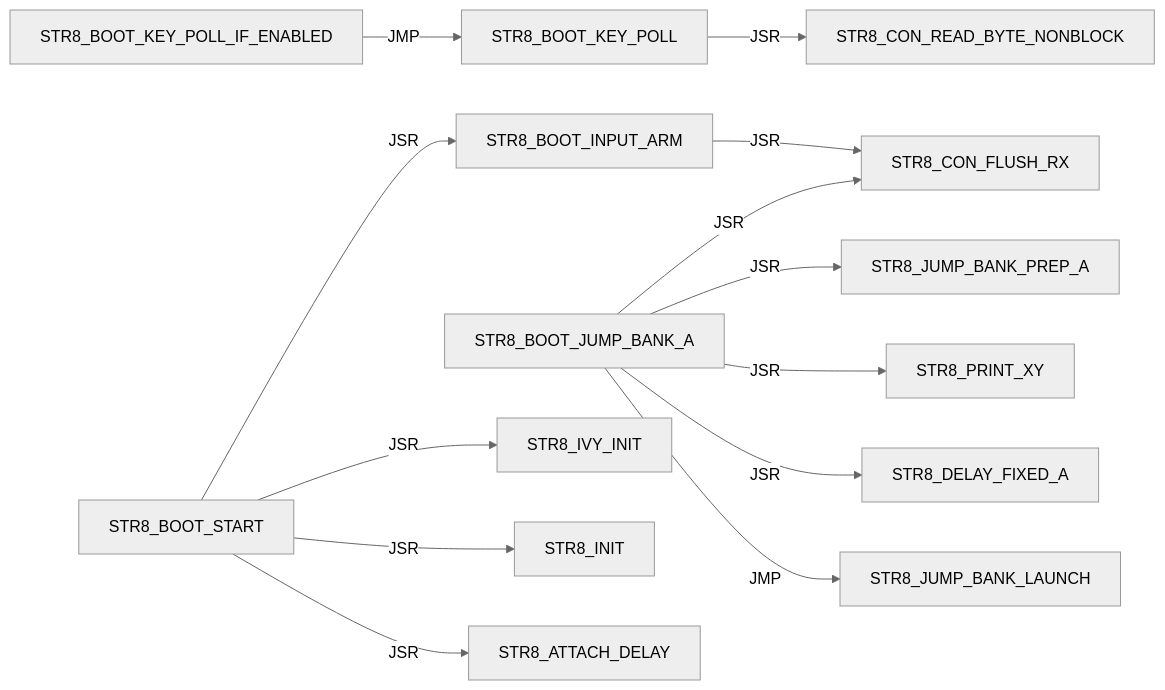
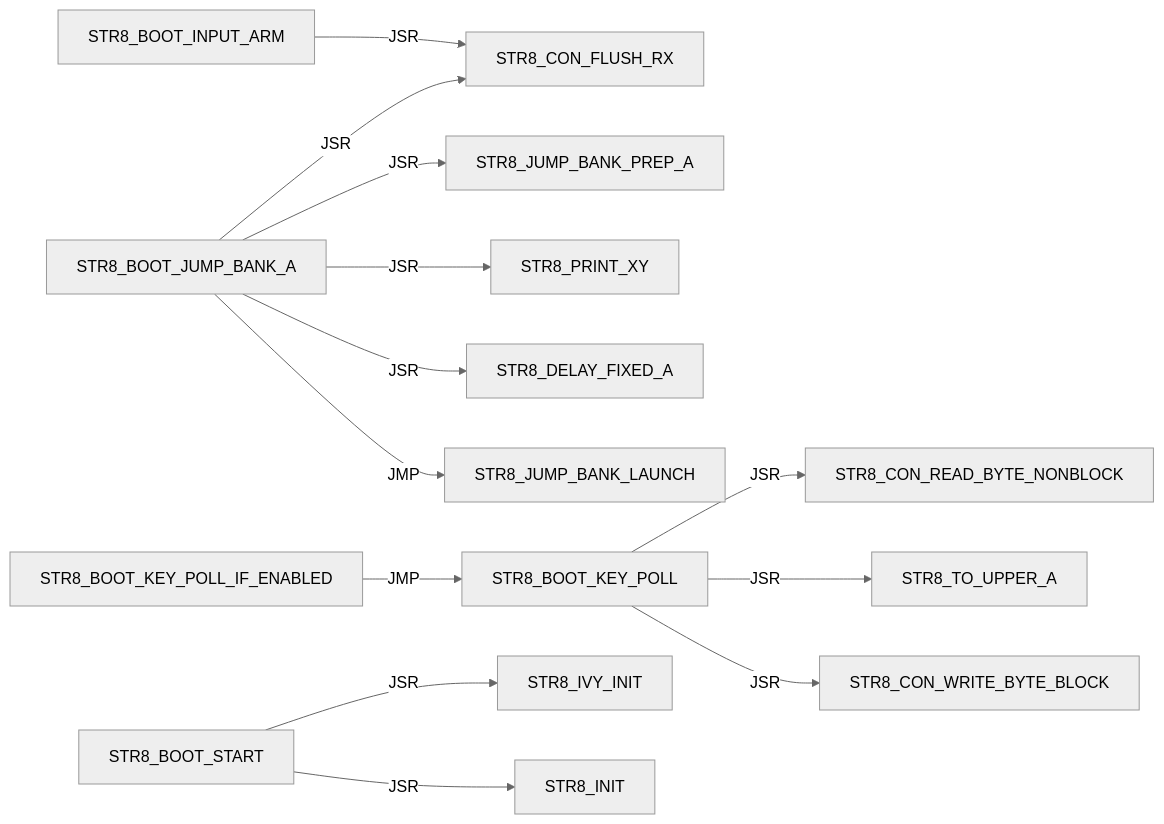
One commit to 95westus/R-YORS changed the seventh of 45 diagrams in DOC/GUIDES/STR8/STR8_EDGE_DUMP.md. Above: the diagram before and after it, drawn with Mermaid (neutral theme). The commit also changed other lines of this file and 42 other files, not shown here.

````diff
--- a/DOC/GUIDES/STR8/STR8_EDGE_DUMP.md
+++ b/DOC/GUIDES/STR8/STR8_EDGE_DUMP.md
@@ -105,15 +105,15 @@
 ```mermaid
 flowchart LR
     N0["STR8_BOOT_INPUT_ARM"] -->|JSR| N1["STR8_CON_FLUSH_RX"]
     N2["STR8_BOOT_JUMP_BANK_A"] -->|JSR| N3["STR8_JUMP_BANK_PREP_A"]
     N2["STR8_BOOT_JUMP_BANK_A"] -->|JSR| N1["STR8_CON_FLUSH_RX"]
     N2["STR8_BOOT_JUMP_BANK_A"] -->|JSR| N4["STR8_PRINT_XY"]
     N2["STR8_BOOT_JUMP_BANK_A"] -->|JSR| N5["STR8_DELAY_FIXED_A"]
     N2["STR8_BOOT_JUMP_BANK_A"] -->|JMP| N6["STR8_JUMP_BANK_LAUNCH"]
     N7["STR8_BOOT_KEY_POLL"] -->|JSR| N8["STR8_CON_READ_BYTE_NONBLOCK"]
-    N9["STR8_BOOT_KEY_POLL_IF_ENABLED"] -->|JMP| N7["STR8_BOOT_KEY_POLL"]
-    N10["STR8_BOOT_START"] -->|JSR| N11["STR8_IVY_INIT"]
-    N10["STR8_BOOT_START"] -->|JSR| N12["STR8_INIT"]
-    N10["STR8_BOOT_START"] -->|JSR| N13["STR8_ATTACH_DELAY"]
-    N10["STR8_BOOT_START"] -->|JSR| N0["STR8_BOOT_INPUT_ARM"]
+    N7["STR8_BOOT_KEY_POLL"] -->|JSR| N9["STR8_TO_UPPER_A"]
+    N7["STR8_BOOT_KEY_POLL"] -->|JSR| N10["STR8_CON_WRITE_BYTE_BLOCK"]
+    N11["STR8_BOOT_KEY_POLL_IF_ENABLED"] -->|JMP| N7["STR8_BOOT_KEY_POLL"]
+    N12["STR8_BOOT_START"] -->|JSR| N13["STR8_IVY_INIT"]
+    N12["STR8_BOOT_START"] -->|JSR| N14["STR8_INIT"]
 ```
````
